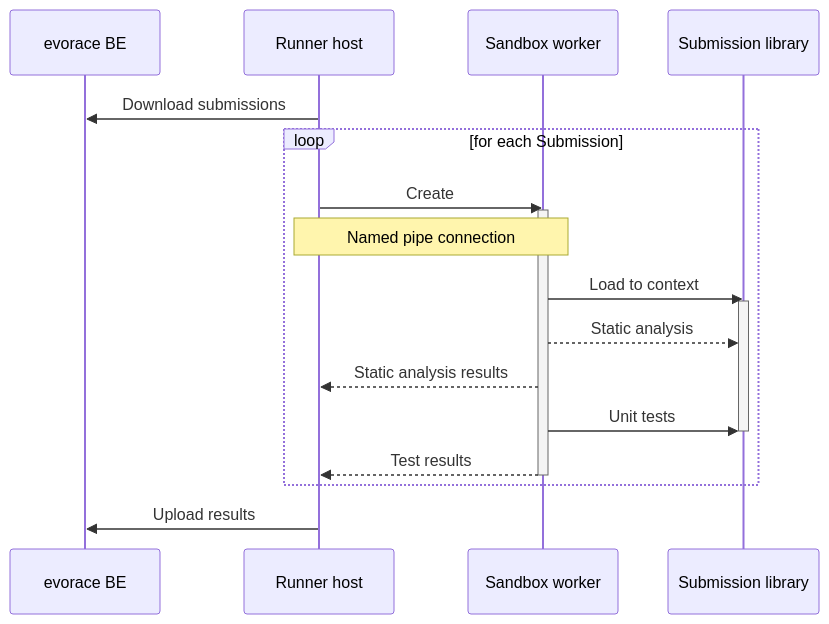
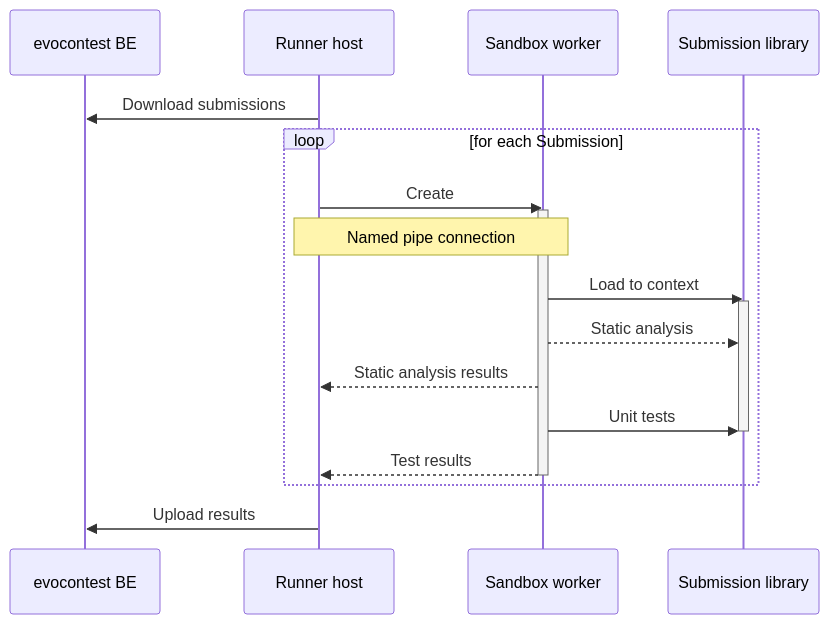
Before and after one commit to sanraith/evocontest: the fourth of 6 diagrams in docs/architecture.md, drawn with Mermaid. The commit also changed other lines of this file and 499 other files, not shown here.

Commit message:
Mass rename "evorace" to "evocontest".

````diff
--- a/docs/architecture.md
+++ b/docs/architecture.md
@@ -88,25 +88,25 @@
 ```mermaid
 sequenceDiagram
 
-participant cloud as evorace BE
+participant cloud as evocontest BE
 participant host as Runner host
 participant slave as Sandbox worker
 participant sub as Submission library
 
 host ->> cloud: Download submissions
 loop for each Submission
 	host ->> slave: Create
 	activate slave
 	Note over host, slave: Named pipe connection
 
 	slave ->> sub: Load to context
 	activate sub
 	slave -->> sub: Static analysis
 	slave -->> host: Static analysis results
 	slave ->> sub: Unit tests
 	deactivate sub
 	slave -->> host: Test results
 	deactivate slave
 end
 host ->> cloud: Upload results
 ```
````
